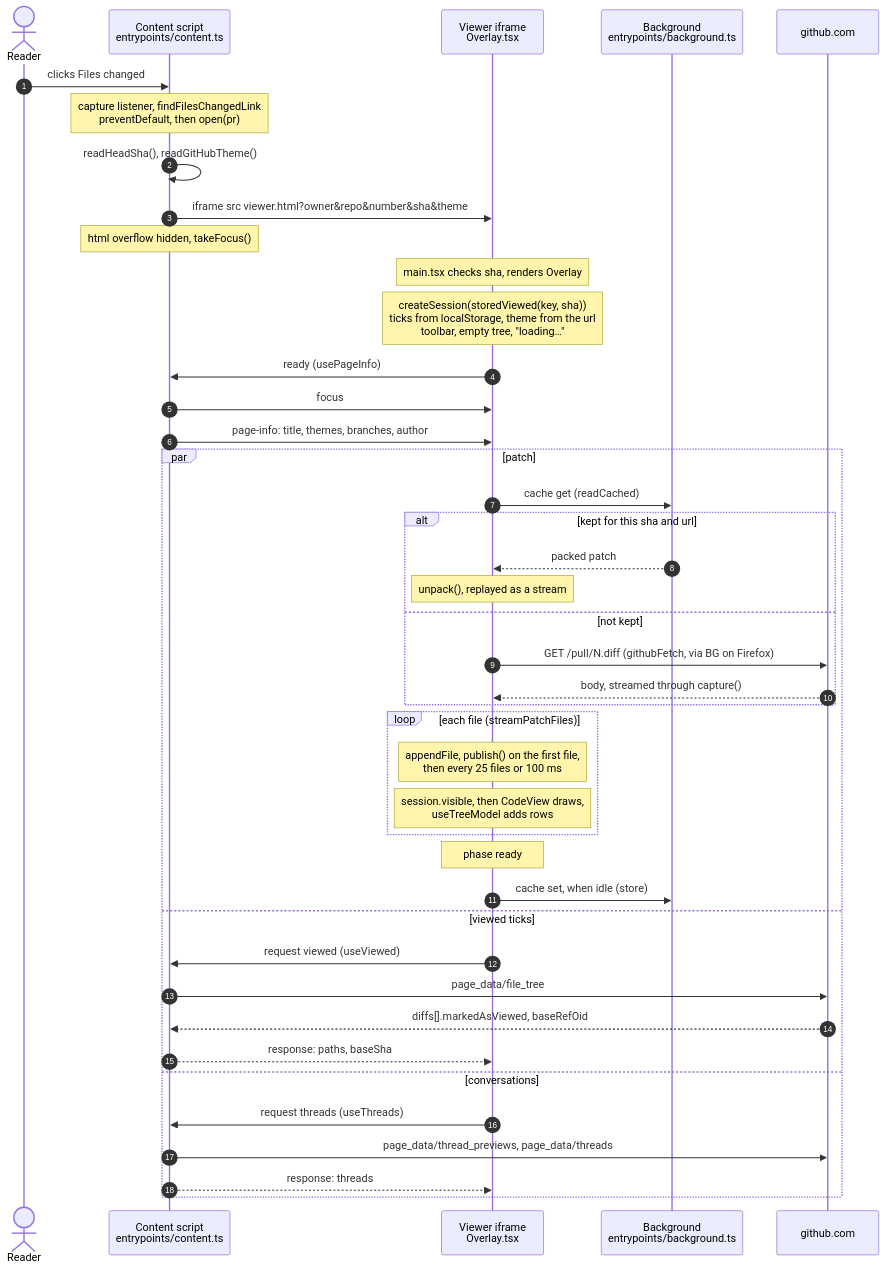
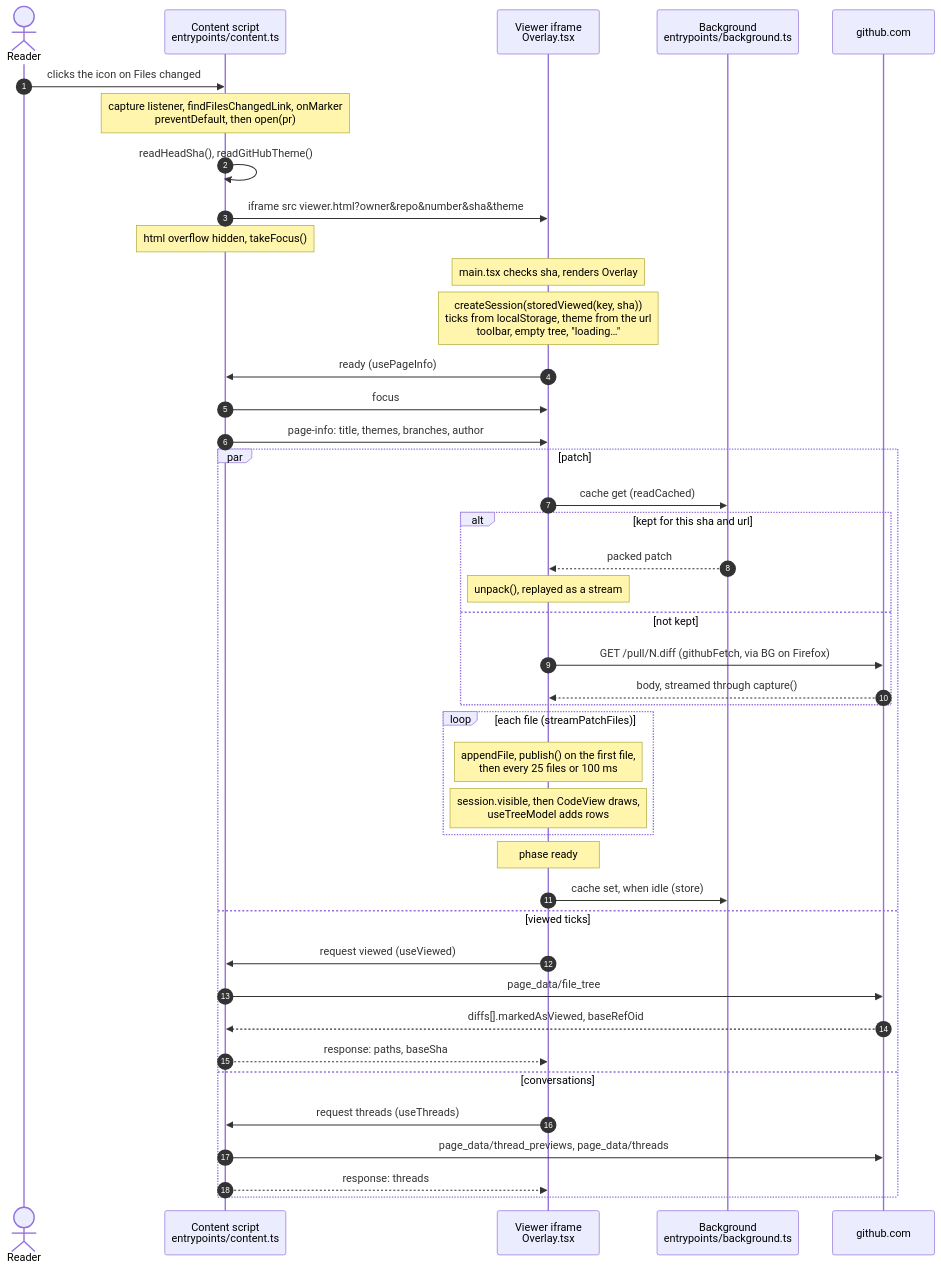
One commit to jantimon/diffshub-for-github changed the first of 2 diagrams in docs/lifecycle.md. Above: the diagram before and after it, drawn with Mermaid. The commit also changed other lines of this file and 9 other files, not shown here.

````diff
--- a/docs/lifecycle.md
+++ b/docs/lifecycle.md
@@ -9,48 +9,48 @@
 ```mermaid
 sequenceDiagram
     autonumber
     actor Reader
     participant CS as Content script<br/>entrypoints/content.ts
     participant V as Viewer iframe<br/>Overlay.tsx
     participant BG as Background<br/>entrypoints/background.ts
     participant GH as github.com
 
-    Reader->>CS: clicks Files changed
-    Note over CS: capture listener, findFilesChangedLink<br/>preventDefault, then open(pr)
+    Reader->>CS: clicks the icon on Files changed
+    Note over CS: capture listener, findFilesChangedLink, onMarker<br/>preventDefault, then open(pr)
     CS->>CS: readHeadSha(), readGitHubTheme()
     CS->>V: iframe src viewer.html?owner&repo&number&sha&theme
     Note over CS: html overflow hidden, takeFocus()
 
     Note over V: main.tsx checks sha, renders Overlay
     Note over V: createSession(storedViewed(key, sha))<br/>ticks from localStorage, theme from the url<br/>toolbar, empty tree, "loading…"
 
     V->>CS: ready (usePageInfo)
     CS->>V: focus
     CS->>V: page-info: title, themes, branches, author
 
     par patch
         V->>BG: cache get (readCached)
         alt kept for this sha and url
             BG-->>V: packed patch
             Note over V: unpack(), replayed as a stream
         else not kept
             V->>GH: GET /pull/N.diff (githubFetch, via BG on Firefox)
             GH-->>V: body, streamed through capture()
         end
         loop each file (streamPatchFiles)
             Note over V: appendFile, publish() on the first file,<br/>then every 25 files or 100 ms
             Note over V: session.visible, then CodeView draws,<br/>useTreeModel adds rows
         end
         Note over V: phase ready
         V->>BG: cache set, when idle (store)
     and viewed ticks
         V->>CS: request viewed (useViewed)
         CS->>GH: page_data/file_tree
         GH-->>CS: diffs[].markedAsViewed, baseRefOid
         CS-->>V: response: paths, baseSha
     and conversations
         V->>CS: request threads (useThreads)
         CS->>GH: page_data/thread_previews, page_data/threads
         CS-->>V: response: threads
     end
 ```
````
